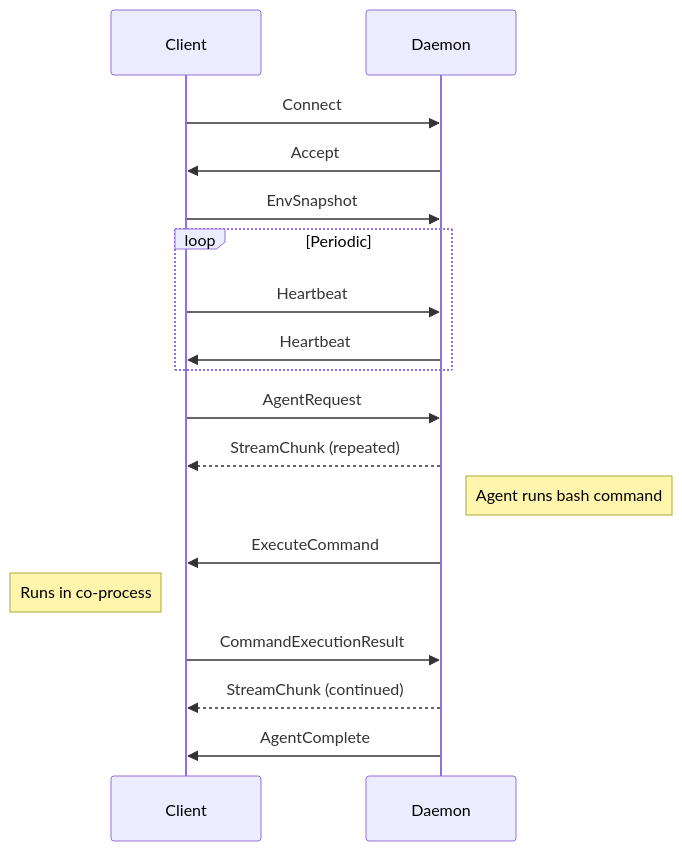
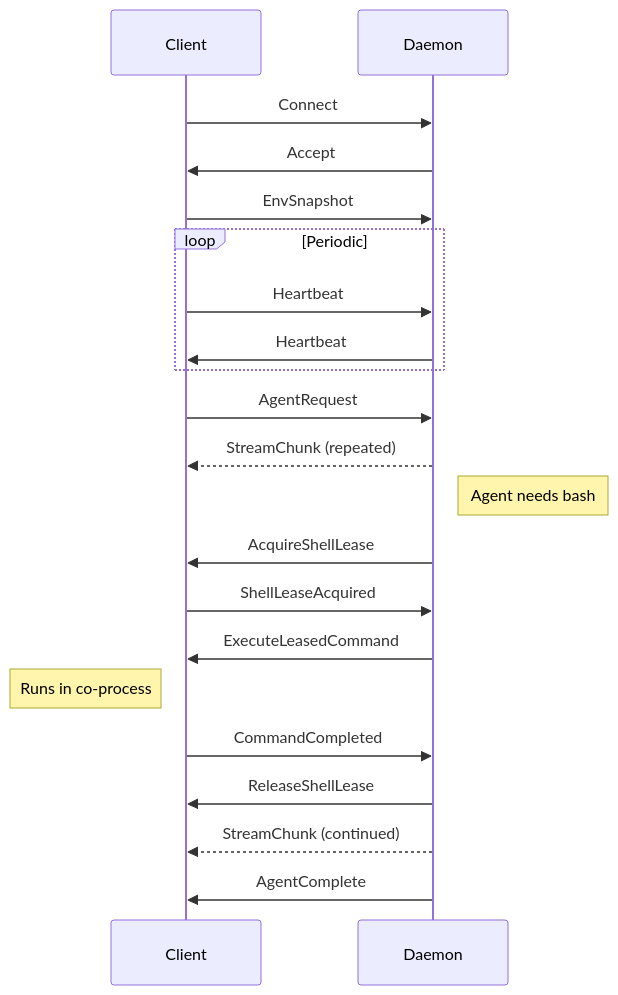
Before and after one commit to razorback16/codiv: the diagram in website/src/content/docs/architecture/client-daemon.md, drawn with Mermaid. The commit also changed other lines of this file and 12 other files, not shown here.

````diff
--- a/website/src/content/docs/architecture/client-daemon.md
+++ b/website/src/content/docs/architecture/client-daemon.md
@@ -67,20 +71,23 @@
 ```mermaid
 sequenceDiagram
     participant C as Client
     participant D as Daemon
     C->>D: Connect
     D->>C: Accept
     C->>D: EnvSnapshot
     loop Periodic
         C->>D: Heartbeat
         D->>C: Heartbeat
     end
     C->>D: AgentRequest
     D-->>C: StreamChunk (repeated)
-    Note right of D: Agent runs bash command
-    D->>C: ExecuteCommand
+    Note right of D: Agent needs bash
+    D->>C: AcquireShellLease
+    C->>D: ShellLeaseAcquired
+    D->>C: ExecuteLeasedCommand
     Note left of C: Runs in co-process
-    C->>D: CommandExecutionResult
+    C->>D: CommandCompleted
+    D->>C: ReleaseShellLease
     D-->>C: StreamChunk (continued)
     D->>C: AgentComplete
 ```
````
